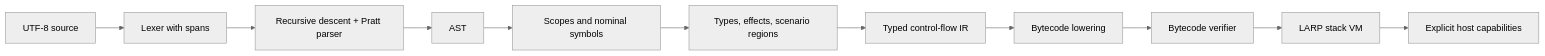
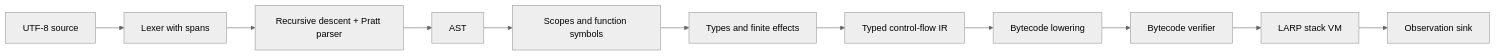
One commit to hlibstrochkovskyi/larp-lang changed the diagram in docs/architecture.md. Above: the diagram before and after it, drawn with Mermaid (neutral theme). The commit also changed other lines of this file and 39 other files, not shown here.

````diff
--- a/docs/architecture.md
+++ b/docs/architecture.md
@@ -9,13 +11,13 @@
 ```mermaid
 flowchart LR
     Source[UTF-8 source] --> Lex[Lexer with spans]
     Lex --> Parse[Recursive descent + Pratt parser]
     Parse --> AST[AST]
-    AST --> Names[Scopes and nominal symbols]
-    Names --> Types[Types, effects, scenario regions]
+    AST --> Names[Scopes and function symbols]
+    Names --> Types[Types and finite effects]
     Types --> IR[Typed control-flow IR]
     IR --> Lower[Bytecode lowering]
     Lower --> Verify[Bytecode verifier]
     Verify --> VM[LARP stack VM]
-    VM --> Host[Explicit host capabilities]
+    VM --> Host[Observation sink]
 ```
````
